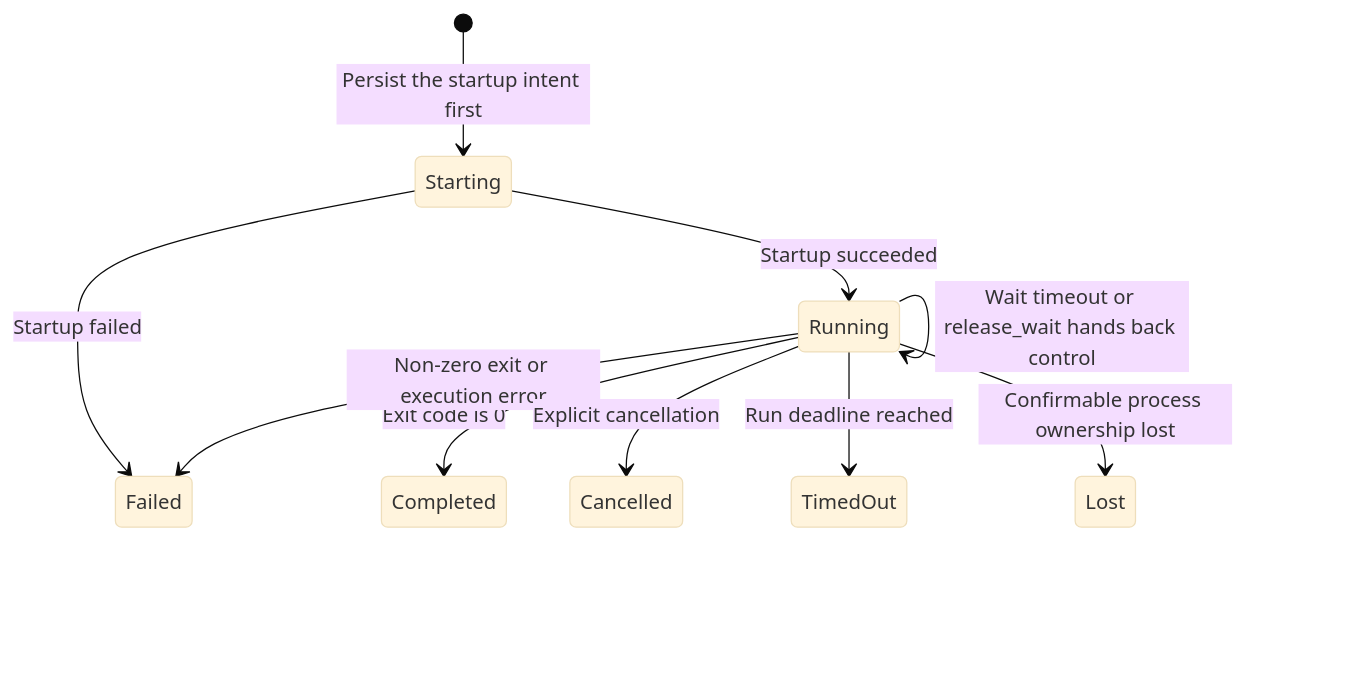
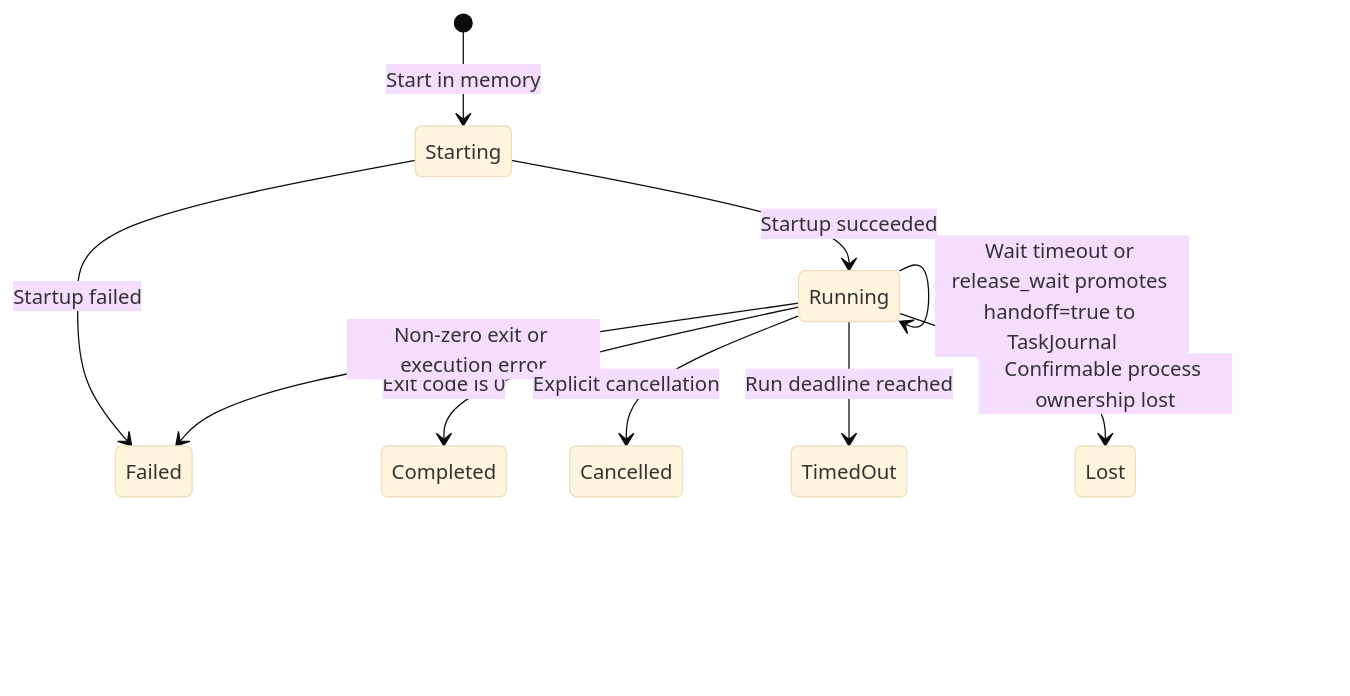
Before and after one commit to Azzurroooo/rind: the diagram in docs/internals/05-autonomy/managed-tasks.md, drawn with Mermaid (base theme). The commit also changed other lines of this file and 29 other files, not shown here.

```diff
--- a/docs/internals/05-autonomy/managed-tasks.md
+++ b/docs/internals/05-autonomy/managed-tasks.md
@@ -7,12 +7,12 @@
 ~~~mermaid
 stateDiagram-v2
-    [*] --> Starting: Persist the startup intent first
+    [*] --> Starting: Start in memory
     Starting --> Running: Startup succeeded
     Starting --> Failed: Startup failed
-    Running --> Running: Wait timeout or release_wait hands back control
+    Running --> Running: Wait timeout or release_wait promotes handoff=true to TaskJournal
     Running --> Completed: Exit code is 0
     Running --> Failed: Non-zero exit or execution error
     Running --> Cancelled: Explicit cancellation
     Running --> TimedOut: Run deadline reached
     Running --> Lost: Confirmable process ownership lost
 ~~~
```
